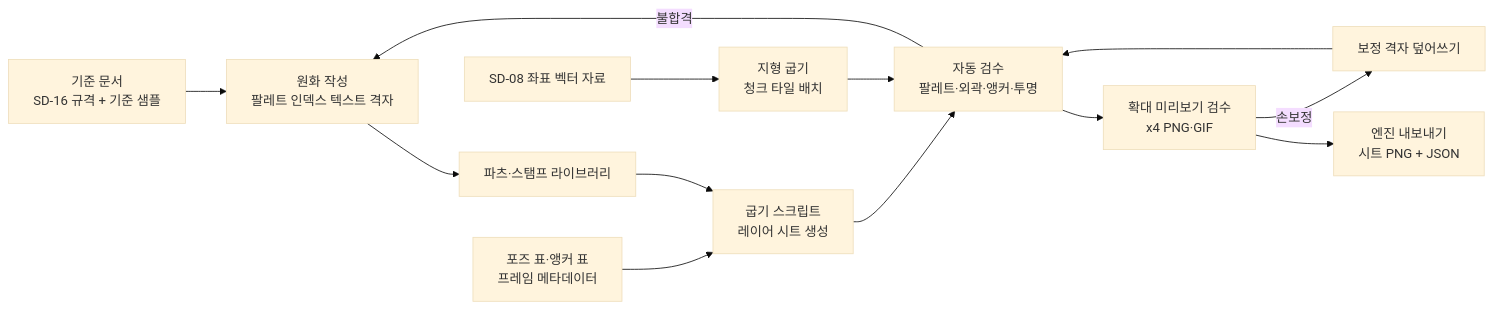
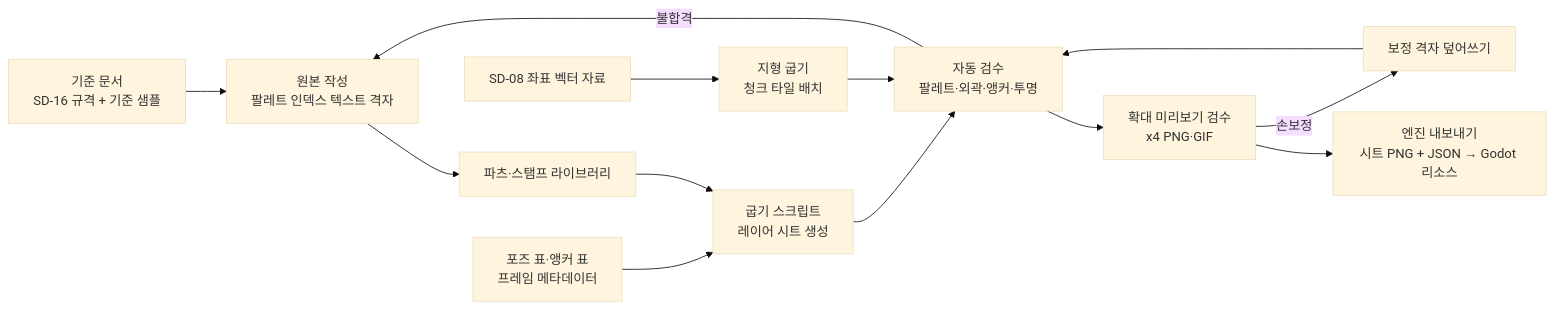
Before and after one commit to forsurvive/003: the diagram in docs/seoul-fallout/16_art-direction.md, drawn with Mermaid (base theme). The commit also changed other lines of this file and 30 other files, not shown here.

````diff
--- a/docs/seoul-fallout/16_art-direction.md
+++ b/docs/seoul-fallout/16_art-direction.md
@@ -1183,15 +1191,15 @@
 ```mermaid
 flowchart LR
-  A["기준 문서<br/>SD-16 규격 + 기준 샘플"] --> B["원화 작성<br/>팔레트 인덱스 텍스트 격자"]
+  A["기준 문서<br/>SD-16 규격 + 기준 샘플"] --> B["원본 작성<br/>팔레트 인덱스 텍스트 격자"]
   B --> C["파츠·스탬프 라이브러리"]
   D["포즈 표·앵커 표<br/>프레임 메타데이터"] --> E["굽기 스크립트<br/>레이어 시트 생성"]
   C --> E
   F["SD-08 좌표 벡터 자료"] --> G["지형 굽기<br/>청크 타일 배치"]
   E --> H["자동 검수<br/>팔레트·외곽·앵커·투명"]
   G --> H
   H -->|"불합격"| B
   H --> I["확대 미리보기 검수<br/>x4 PNG·GIF"]
   I -->|"손보정"| J["보정 격자 덮어쓰기"]
   J --> H
-  I --> K["엔진 내보내기<br/>시트 PNG + JSON"]
+  I --> K["엔진 내보내기<br/>시트 PNG + JSON → Godot 리소스"]
 ```
````
